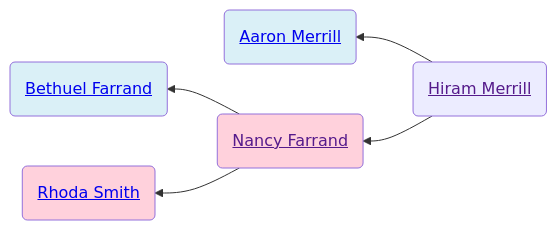
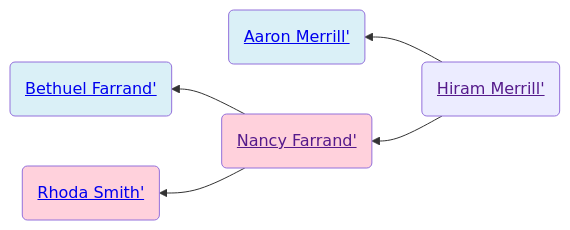
One commit to neelsmith/avocational changed the first of 2 diagrams in familyhistory/sources/people/Merrill-line/Hiram_Merrill.qmd. Above: the diagram before and after it, drawn with Mermaid. The commit also changed other lines of this file and 102 other files, not shown here.

````diff
--- a/familyhistory/sources/people/Merrill-line/Hiram_Merrill.qmd
+++ b/familyhistory/sources/people/Merrill-line/Hiram_Merrill.qmd
@@ -26,16 +26,16 @@
 ```{mermaid}
 graph RL
 %% RL ancestor diagram
-Hiram_Merrill(<a href=''>Hiram Merrill</>) -->  Aaron_Merrill(<a href='./Aaron_Merrill.html'>Aaron Merrill</>)
+Hiram_Merrill(<a href=''>Hiram Merrill'</>) -->  Aaron_Merrill(<a href='./Aaron_Merrill.html'>Aaron Merrill'</>)
 class Aaron_Merrill father
-Hiram_Merrill(<a href=''>Hiram Merrill</>)  --> Nancy_Farrand(<a href='./Nancy_Farrand.html'>Nancy Farrand</>)
-Nancy_Farrand(<a href=''>Nancy Farrand</>) -->  Bethuel_Farrand(<a href='./White-line/Grandey/Bethuel_Farrand.html'>Bethuel Farrand</>)
+Hiram_Merrill(<a href=''>Hiram Merrill'</>)  --> Nancy_Farrand(<a href='./Nancy_Farrand.html'>Nancy Farrand'</>)
+Nancy_Farrand(<a href=''>Nancy Farrand'</>) -->  Bethuel_Farrand(<a href='./White-line/Grandey/Bethuel_Farrand.html'>Bethuel Farrand'</>)
 class Bethuel_Farrand father
-Nancy_Farrand(<a href=''>Nancy Farrand</>)  --> Rhoda_Smith(<a href='./Rhoda_Smith.html'>Rhoda Smith</>)
+Nancy_Farrand(<a href=''>Nancy Farrand'</>)  --> Rhoda_Smith(<a href='./Rhoda_Smith.html'>Rhoda Smith'</>)
 class Rhoda_Smith mother
 class Nancy_Farrand mother
 classDef mother fill:#ffd1dc
 classDef father fill:#daf0f7  
 classDef marriage fill:#ffffff
 
 ```
````
